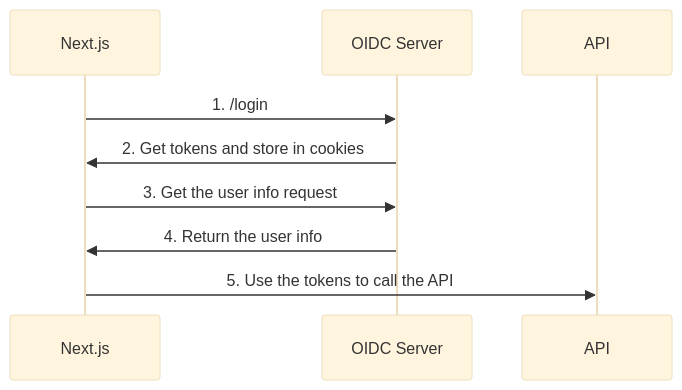
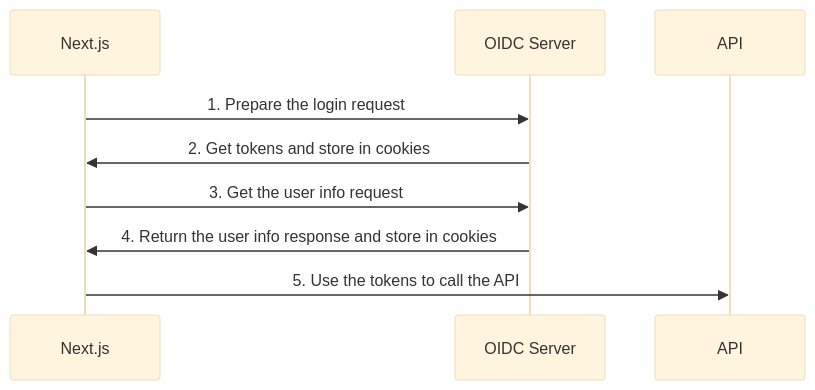
One commit to antosubash/blog changed the diagram in data/_posts/next-oidc/openid-connect-with-nextjs.mdx. Above: the diagram before and after it, drawn with Mermaid (base theme). The commit also changed other lines of this file and 3 other files, not shown here.

Commit message:
chore: Add rehype-mermaid plugin for rendering Mermaid diagrams

````diff
--- a/data/_posts/next-oidc/openid-connect-with-nextjs.mdx
+++ b/data/_posts/next-oidc/openid-connect-with-nextjs.mdx
@@ -60,12 +37,12 @@
 ```mermaid
 sequenceDiagram
     participant NEXT as Next.js
     participant AS as OIDC Server
     participant API as API
 
-    NEXT->>AS: 1. /login
+    NEXT->>AS: 1. Prepare the login request
     AS->>NEXT: 2. Get tokens and store in cookies
     NEXT->>AS: 3. Get the user info request
-    AS->>NEXT: 4. Return the user info
+    AS->>NEXT: 4. Return the user info response and store in cookies
     NEXT->>API: 5. Use the tokens to call the API
 ```
````
